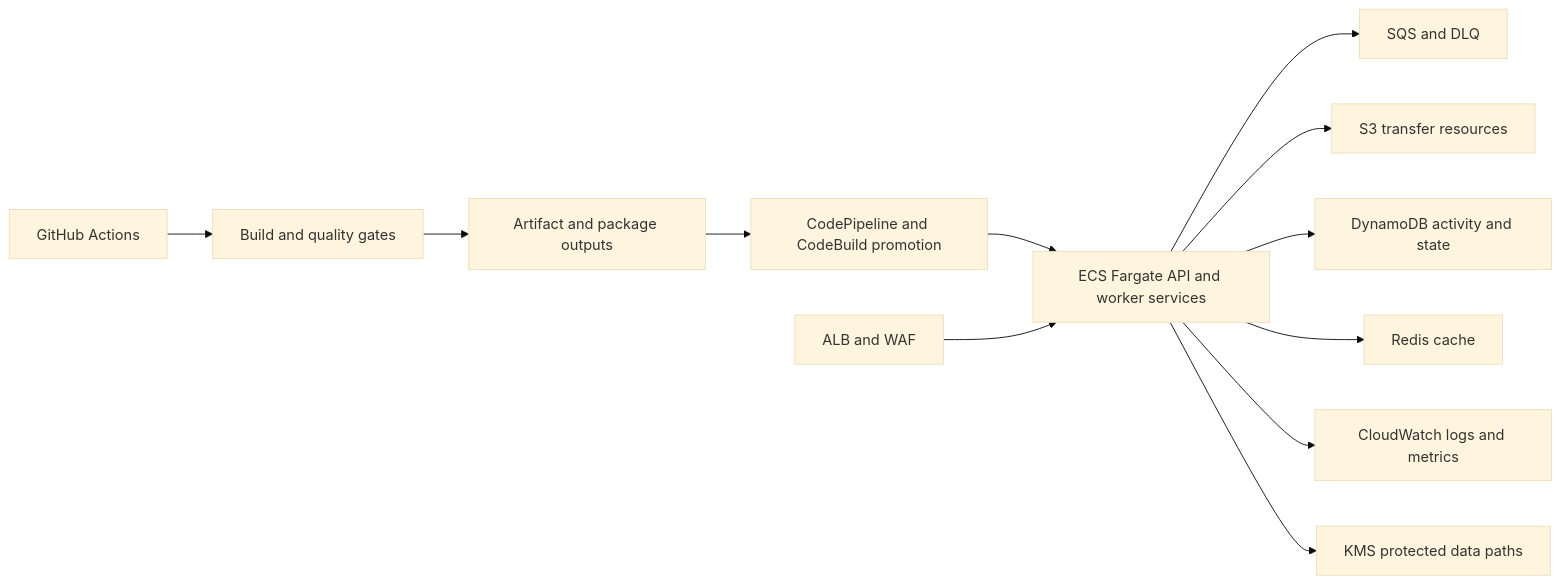
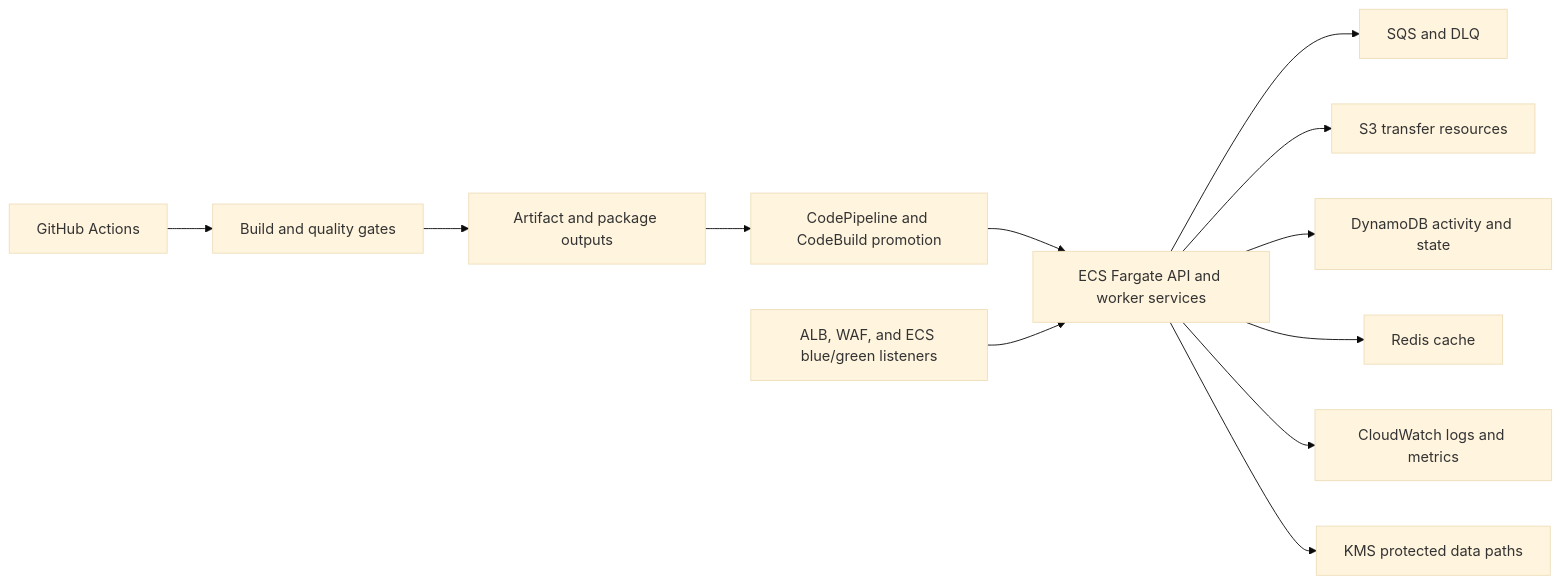
The fifth of 6 diagrams in docs/overview/NOVA-REPO-OVERVIEW.md (BjornMelin/nova), drawn with Mermaid (base theme) before and after one commit. The commit also changed other lines of this file and 8 other files, not shown here.

````diff
--- a/docs/overview/NOVA-REPO-OVERVIEW.md
+++ b/docs/overview/NOVA-REPO-OVERVIEW.md
@@ -190,14 +223,14 @@
 ```mermaid
 flowchart LR
     GH["GitHub Actions"] --> BUILD["Build and quality gates"]
     BUILD --> ART["Artifact and package outputs"]
     ART --> CD["CodePipeline and CodeBuild promotion"]
     CD --> ECS["ECS Fargate API and worker services"]
     ECS --> SQS["SQS and DLQ"]
     ECS --> S3["S3 transfer resources"]
     ECS --> DDB["DynamoDB activity and state"]
     ECS --> REDIS["Redis cache"]
     ECS --> CW["CloudWatch logs and metrics"]
     ECS --> KMS["KMS protected data paths"]
-    ALB["ALB and WAF"] --> ECS
+    ALB["ALB, WAF, and ECS blue/green listeners"] --> ECS
 ```
````
